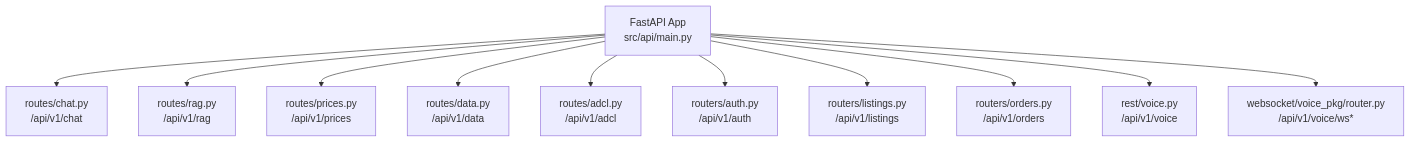
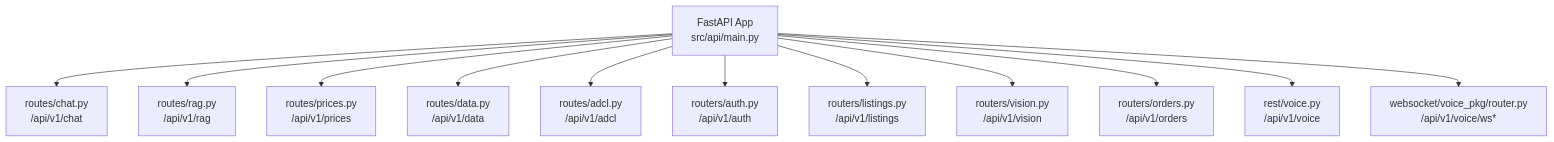
One commit to cropfresh/Cropfresh_Ai changed the diagram in docs/api/endpoints-reference.md. Above: the diagram before and after it, drawn with Mermaid. The commit also changed other lines of this file and 54 other files, not shown here.

Commit message:
feat: Implement Kannada agent with RAG, voice, and vision capabilities, new API endpoints, and dedicated testing labs.

````diff
--- a/docs/api/endpoints-reference.md
+++ b/docs/api/endpoints-reference.md
@@ -11,24 +11,26 @@
 ```mermaid
 graph TD
     MAIN["FastAPI App<br/>src/api/main.py"] --> R1
     MAIN --> R2
     MAIN --> R3
     MAIN --> R4
     MAIN --> R5
     MAIN --> R6
     MAIN --> R7
     MAIN --> R8
     MAIN --> R9
     MAIN --> R10
+    MAIN --> R11
 
     R1["routes/chat.py<br/>/api/v1/chat"]
     R2["routes/rag.py<br/>/api/v1/rag"]
     R3["routes/prices.py<br/>/api/v1/prices"]
     R4["routes/data.py<br/>/api/v1/data"]
     R5["routes/adcl.py<br/>/api/v1/adcl"]
     R6["routers/auth.py<br/>/api/v1/auth"]
     R7["routers/listings.py<br/>/api/v1/listings"]
-    R8["routers/orders.py<br/>/api/v1/orders"]
-    R9["rest/voice.py<br/>/api/v1/voice"]
-    R10["websocket/voice_pkg/router.py<br/>/api/v1/voice/ws*"]
+    R8["routers/vision.py<br/>/api/v1/vision"]
+    R9["routers/orders.py<br/>/api/v1/orders"]
+    R10["rest/voice.py<br/>/api/v1/voice"]
+    R11["websocket/voice_pkg/router.py<br/>/api/v1/voice/ws*"]
 ```
````
